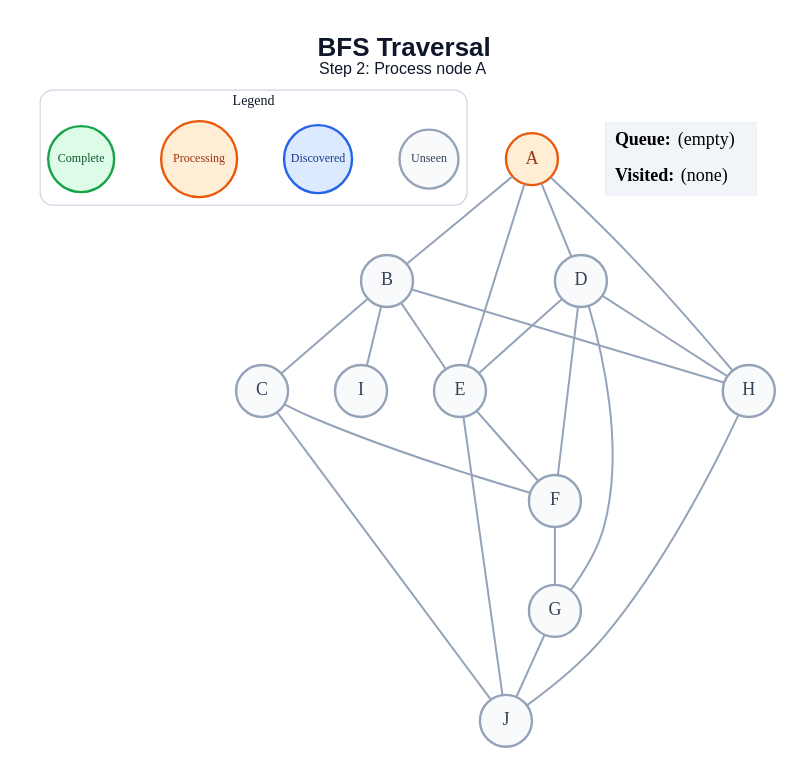
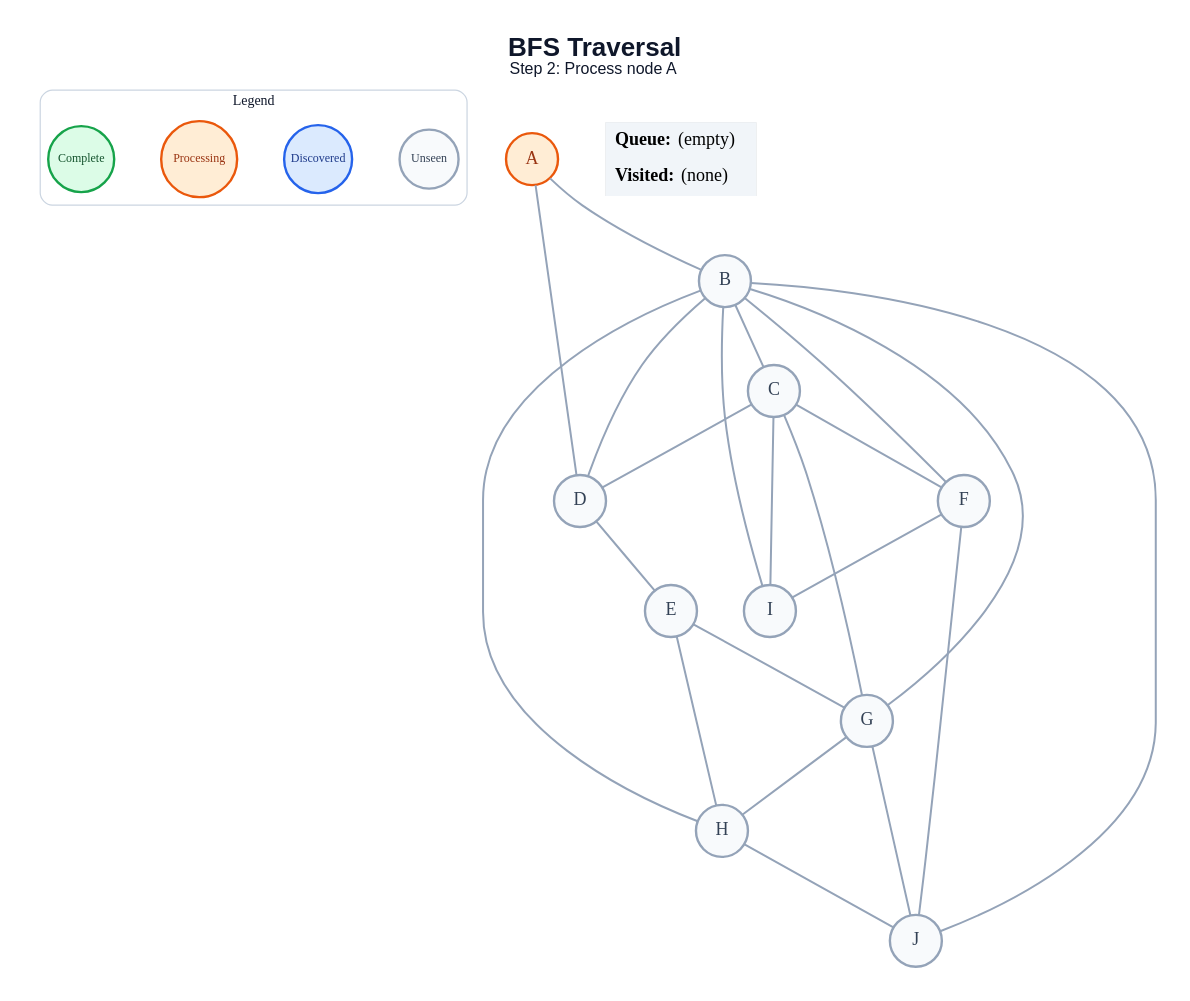
The diagram in generated/bfs/step_02.dot (amanghodawala9/ai-slop), drawn with Graphviz before and after one commit. The commit also changed 178 other files, not shown here.

```diff
--- a/generated/bfs/step_02.dot
+++ b/generated/bfs/step_02.dot
@@ -1,48 +1,50 @@
 graph traversal {
   graph [layout=dot, rankdir=TB, bgcolor="#FFFFFF", pad="0.35", nodesep="0.65", ranksep="0.8", fontname="Arial"];
   node [shape=circle, style="filled", fontname="Arial Bold", fontsize=18, width=0.72, fixedsize=true, penwidth=2.4];
   edge [color="#94A3B8", penwidth=2.0];
   label=<<B>BFS Traversal</B><BR/><FONT POINT-SIZE="16">Step 2: Process node A</FONT>>; labelloc="t"; fontsize=26; fontname="Arial"; fontcolor="#0F172A";
   subgraph cluster_legend { label="Legend"; color="#CBD5E1"; penwidth=1.2; style="rounded"; fontsize=14; fontname="Arial Bold";
     key_unseen [label="Unseen", fillcolor="#F8FAFC", color="#94A3B8", fontcolor="#334155", fontsize=12, width=0.82];
     key_frontier [label="Discovered", fillcolor="#DBEAFE", color="#2563EB", fontcolor="#1E3A8A", fontsize=12, width=0.95];
     key_current [label="Processing", fillcolor="#FFEDD5", color="#EA580C", fontcolor="#9A3412", fontsize=12, width=1.05];
     key_done [label="Complete", fillcolor="#DCFCE7", color="#16A34A", fontcolor="#14532D", fontsize=12, width=0.92];
     { rank=same; key_unseen; key_frontier; key_current; key_done; }
   }
   A [fillcolor="#FFEDD5", color="#EA580C", fontcolor="#9A3412"];
   B [fillcolor="#F8FAFC", color="#94A3B8", fontcolor="#334155"];
   C [fillcolor="#F8FAFC", color="#94A3B8", fontcolor="#334155"];
   D [fillcolor="#F8FAFC", color="#94A3B8", fontcolor="#334155"];
   E [fillcolor="#F8FAFC", color="#94A3B8", fontcolor="#334155"];
   F [fillcolor="#F8FAFC", color="#94A3B8", fontcolor="#334155"];
   G [fillcolor="#F8FAFC", color="#94A3B8", fontcolor="#334155"];
   H [fillcolor="#F8FAFC", color="#94A3B8", fontcolor="#334155"];
   I [fillcolor="#F8FAFC", color="#94A3B8", fontcolor="#334155"];
   J [fillcolor="#F8FAFC", color="#94A3B8", fontcolor="#334155"];
   A -- B;
   A -- D;
-  A -- E;
-  A -- H;
   B -- C;
-  B -- E;
+  B -- D;
+  B -- F;
+  B -- G;
   B -- H;
   B -- I;
+  B -- J;
+  C -- D;
   C -- F;
-  C -- J;
+  C -- G;
+  C -- I;
   D -- E;
-  D -- F;
-  D -- G;
-  D -- H;
-  E -- F;
-  E -- J;
-  F -- G;
+  E -- G;
+  E -- H;
+  F -- I;
+  F -- J;
+  G -- H;
   G -- J;
   H -- J;
   status [shape=plain, fixedsize=false, width=0, height=0, margin=0, label=<
     <TABLE BORDER="0" CELLBORDER="0" CELLPADDING="7" BGCOLOR="#F1F5F9">
       <TR><TD ALIGN="LEFT"><B>Queue:</B> (empty)</TD></TR>
       <TR><TD ALIGN="LEFT"><B>Visited:</B> (none)</TD></TR>
     </TABLE>
   >];
 }
```
